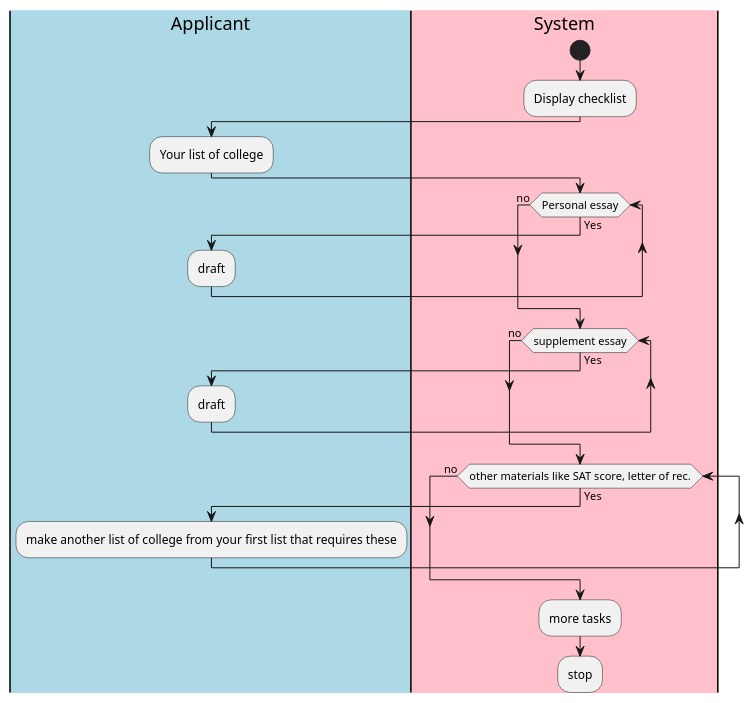
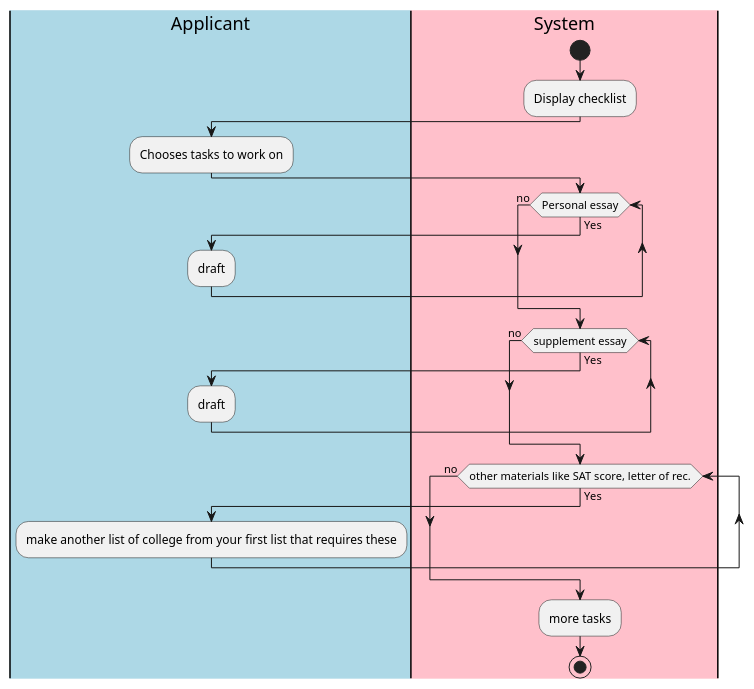
One commit to jlederer33/Essay-Review-App changed the diagram in intellij/doc/use-cases/prepareapplication.md. Above: the diagram before and after it, drawn with PlantUML. The commit also changed 1 other file, not shown here.

Commit message:
Edited Use-cases

````diff
--- a/intellij/doc/use-cases/prepareapplication.md
+++ b/intellij/doc/use-cases/prepareapplication.md
@@ -14,33 +14,33 @@
 ```plantuml
 |#lightblue|Applicant|
 |#pink|System|
 
 |System|
 start
 :Display checklist;
 |Applicant|
-:Your list of college;
+:Chooses tasks to work on;
 |System|
 while (Personal essay) is (Yes)
 |Applicant|
 :draft;
 |System|
 endwhile(no)
 while (supplement essay) is (Yes)
 |Applicant|
 :draft;
 |System|
 endwhile(no)
 while (other materials like SAT score, letter of rec.) is (Yes)
 |Applicant|
 :make another list of college from your first list that requires these;
 |System|
 endwhile(no)
 :more tasks;
-:stop;
+stop
 
 
 
 
 
 ```
````
